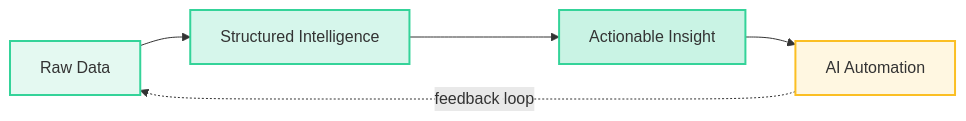
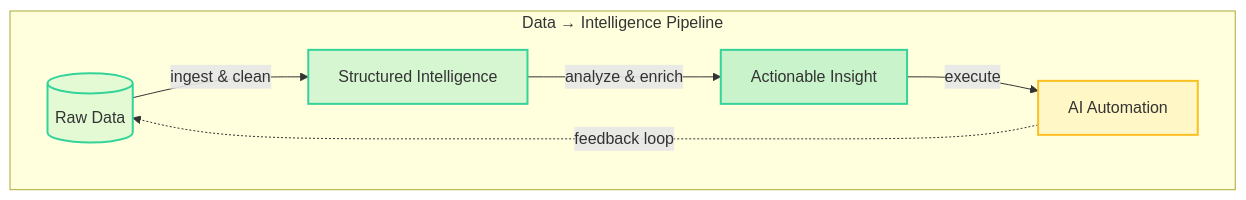
One commit to rbkhan007/Frontend-Task-X-AI-Product-Experience-Prototype- changed the first of 8 diagrams in README.md. Above: the diagram before and after it, drawn with Mermaid. The commit also changed other lines of this file and 2 other files, not shown here.

Commit message:
Fix favicon (valid ICO), fix README logo URL, update Mermaid diagrams with compatible syntax

````diff
--- a/README.md
+++ b/README.md
@@ -28,11 +28,18 @@
 ```mermaid
-graph LR
-    RD[Raw Data] --> SI[Structured Intelligence]
-    SI --> AI[Actionable Insight]
-    AI --> AA[AI Automation]
+flowchart LR
+    subgraph Pipeline["Data → Intelligence Pipeline"]
+        direction LR
+        RD[("Raw Data")]
+        SI["Structured Intelligence"]
+        AI["Actionable Insight"]
+        AA["AI Automation"]
+    end
+    RD -->|ingest & clean| SI
+    SI -->|analyze & enrich| AI
+    AI -->|execute| AA
     AA -.->|feedback loop| RD
-    style RD fill:#34d39922,stroke:#34d399,stroke-width:2px
-    style SI fill:#34d39933,stroke:#34d399,stroke-width:2px
-    style AI fill:#34d39944,stroke:#34d399,stroke-width:2px
-    style AA fill:#fbbf2422,stroke:#fbbf24,stroke-width:2px
+    style RD fill:#34d399,fill-opacity:.13,stroke:#34d399,stroke-width:2px
+    style SI fill:#34d399,fill-opacity:.20,stroke:#34d399,stroke-width:2px
+    style AI fill:#34d399,fill-opacity:.27,stroke:#34d399,stroke-width:2px
+    style AA fill:#fbbf24,fill-opacity:.13,stroke:#fbbf24,stroke-width:2px
 ```
````
